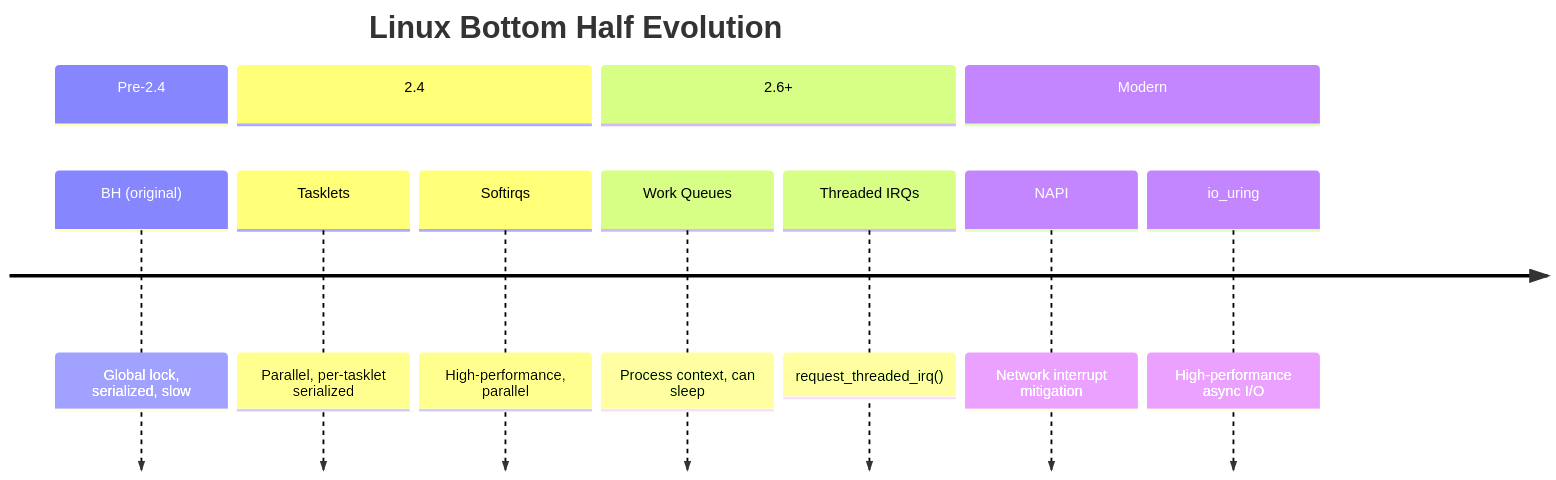
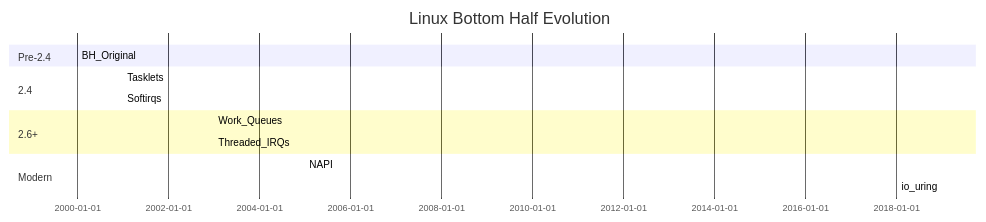
One commit to nilprajapati97/03_Kernel_Explore changed the second of 2 diagrams in 02_Understand_Linux_Kernel/07_Bottom_Halves_And_Deferring_Work/01_Why_Bottom_Halves.md. Above: the diagram before and after it, drawn with Mermaid. The commit also changed other lines of this file and 24 other files, not shown here.

````diff
--- a/02_Understand_Linux_Kernel/07_Bottom_Halves_And_Deferring_Work/01_Why_Bottom_Halves.md
+++ b/02_Understand_Linux_Kernel/07_Bottom_Halves_And_Deferring_Work/01_Why_Bottom_Halves.md
@@ -81,15 +79,16 @@
 ```mermaid
-timeline
+gantt
     title Linux Bottom Half Evolution
+    dateFormat  YYYY-MM-DD
     section Pre-2.4
-        BH (original) : Global lock, serialized, slow
+    BH_Original :done, 2000-01-01, 1d
     section 2.4
-        Tasklets : Parallel, per-tasklet serialized
-        Softirqs : High-performance, parallel
+    Tasklets :done, 2001-01-01, 1d
+    Softirqs :done, 2001-01-02, 1d
     section 2.6+
-        Work Queues : Process context, can sleep
-        Threaded IRQs : request_threaded_irq()
+    Work_Queues :done, 2003-01-01, 1d
+    Threaded_IRQs :done, 2003-01-02, 1d
     section Modern
-        NAPI : Network interrupt mitigation
-        io_uring : High-performance async I/O
+    NAPI :done, 2005-01-01, 1d
+    io_uring :done, 2019-01-01, 1d
 ```
````
